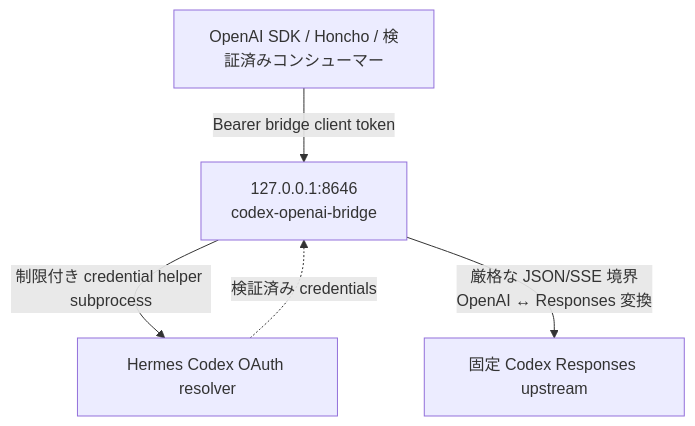
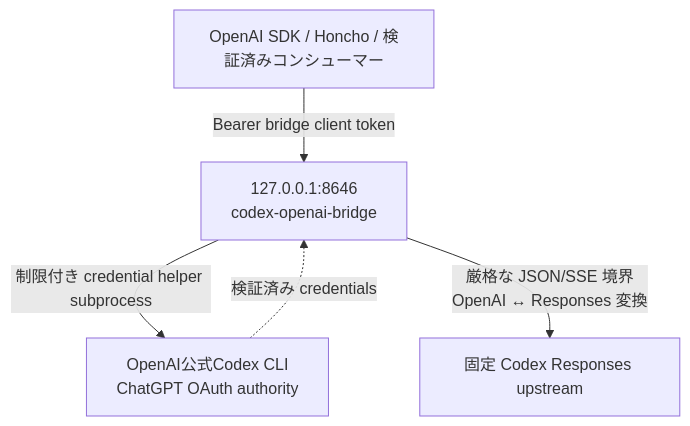
Before and after one commit to itmst71/codex-openai-bridge: the first of 3 diagrams in README.ja.md, drawn with Mermaid. The commit also changed other lines of this file and 14 other files, not shown here.

Commit message:
[verified] feat: use official Codex CLI authentication

````diff
--- a/README.ja.md
+++ b/README.ja.md
@@ -51,12 +77,12 @@
 ```mermaid
 flowchart TD
     consumers["OpenAI SDK / Honcho / 検証済みコンシューマー"]
     bridge["127.0.0.1:8646<br/>codex-openai-bridge"]
-    resolver["Hermes Codex OAuth resolver"]
+    resolver["OpenAI公式Codex CLI<br/>ChatGPT OAuth authority"]
     upstream["固定 Codex Responses upstream"]
 
     consumers -->|"Bearer bridge client token"| bridge
     bridge -->|"制限付き credential helper subprocess"| resolver
     resolver -. "検証済み credentials" .-> bridge
     bridge -->|"厳格な JSON/SSE 境界<br/>OpenAI ↔ Responses 変換"| upstream
 ```
````
